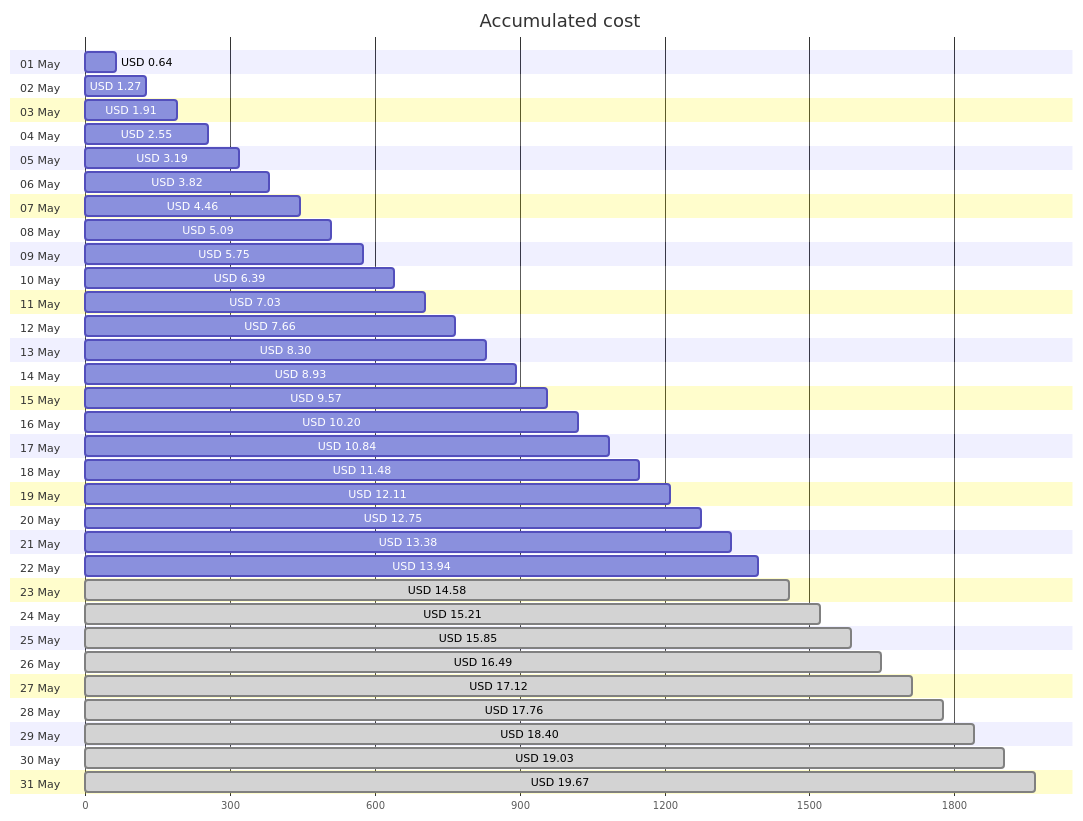
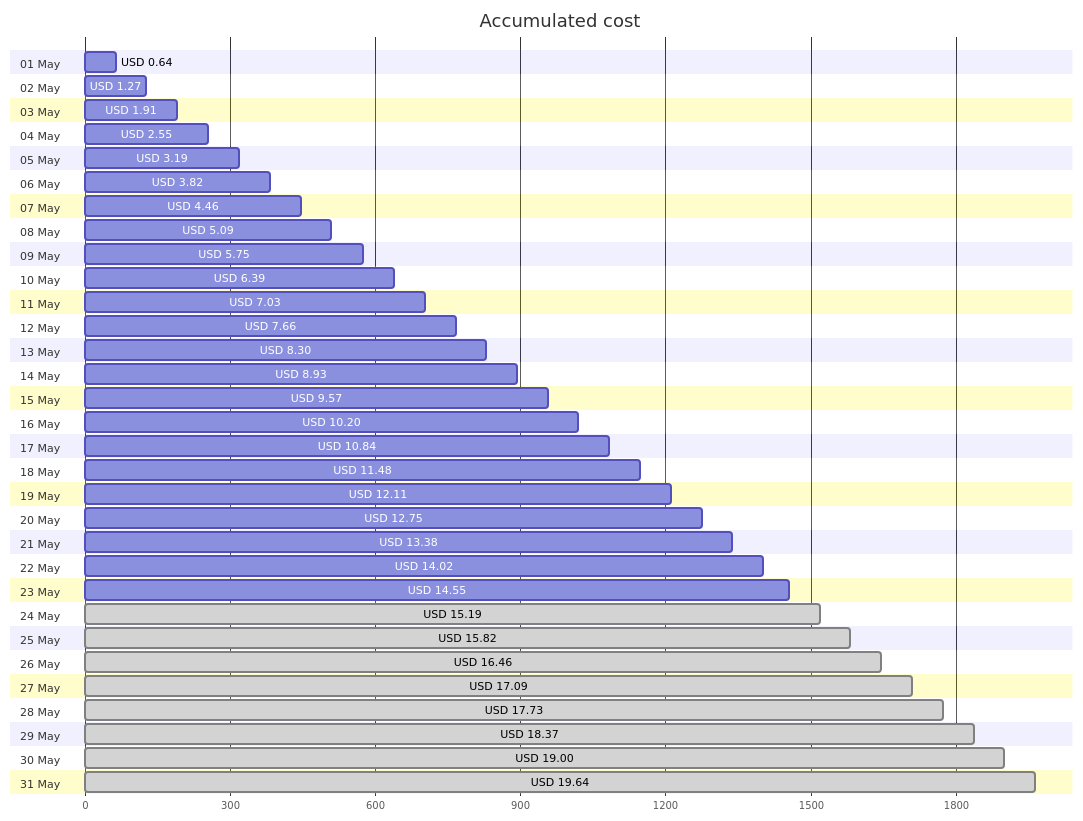
Before and after one commit to jpfulton/azure-personal-reports: the first of 4 diagrams in cost-reports/accumulated-cost.md, drawn with Mermaid. The commit also changed other lines of this file and 4 other files, not shown here.

````diff
--- a/cost-reports/accumulated-cost.md
+++ b/cost-reports/accumulated-cost.md
@@ -20,68 +20,68 @@
 ```mermaid
 gantt
    title Accumulated cost
    dateFormat  X
    axisFormat %s
    section 01 May
    USD 0.64 :0, 64
    section 02 May
    USD 1.27 :0, 127
    section 03 May
    USD 1.91 :0, 191
    section 04 May
    USD 2.55 :0, 255
    section 05 May
    USD 3.19 :0, 319
    section 06 May
    USD 3.82 :0, 382
    section 07 May
    USD 4.46 :0, 446
    section 08 May
    USD 5.09 :0, 509
    section 09 May
    USD 5.75 :0, 575
    section 10 May
    USD 6.39 :0, 639
    section 11 May
    USD 7.03 :0, 703
    section 12 May
    USD 7.66 :0, 766
    section 13 May
    USD 8.30 :0, 830
    section 14 May
    USD 8.93 :0, 893
    section 15 May
    USD 9.57 :0, 957
    section 16 May
    USD 10.20 :0, 1020
    section 17 May
    USD 10.84 :0, 1084
    section 18 May
    USD 11.48 :0, 1148
    section 19 May
    USD 12.11 :0, 1211
    section 20 May
    USD 12.75 :0, 1275
    section 21 May
    USD 13.38 :0, 1338
    section 22 May
-   USD 13.94 :0, 1394
+   USD 14.02 :0, 1402
    section 23 May
-   USD 14.58 : done, 0, 1458
+   USD 14.55 :0, 1455
    section 24 May
-   USD 15.21 : done, 0, 1521
+   USD 15.19 : done, 0, 1519
    section 25 May
-   USD 15.85 : done, 0, 1585
+   USD 15.82 : done, 0, 1582
    section 26 May
-   USD 16.49 : done, 0, 1649
+   USD 16.46 : done, 0, 1646
    section 27 May
-   USD 17.12 : done, 0, 1712
+   USD 17.09 : done, 0, 1709
    section 28 May
-   USD 17.76 : done, 0, 1776
+   USD 17.73 : done, 0, 1773
    section 29 May
-   USD 18.40 : done, 0, 1840
+   USD 18.37 : done, 0, 1837
    section 30 May
-   USD 19.03 : done, 0, 1903
+   USD 19.00 : done, 0, 1900
    section 31 May
-   USD 19.67 : done, 0, 1967
+   USD 19.64 : done, 0, 1964
 ```
````
